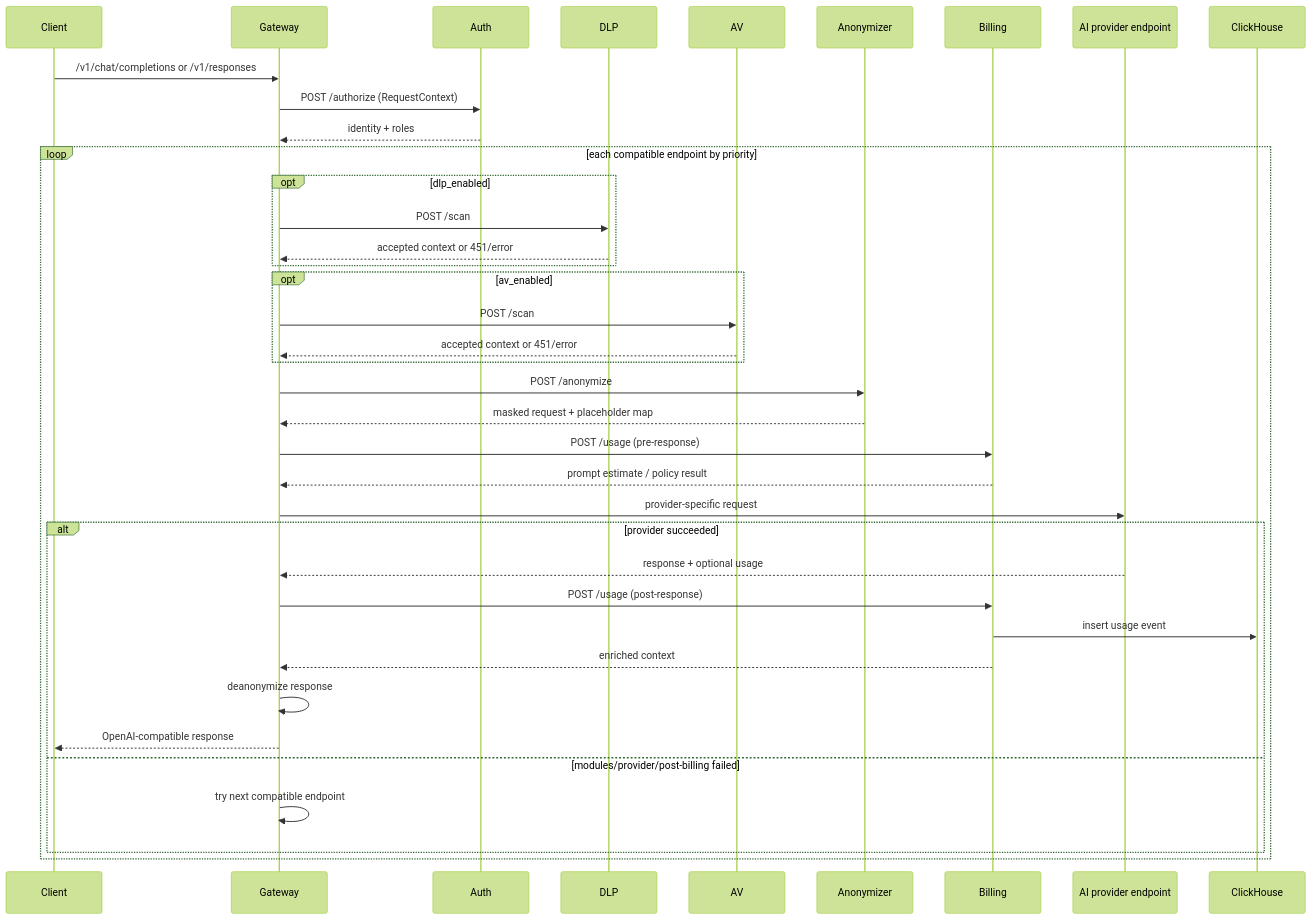
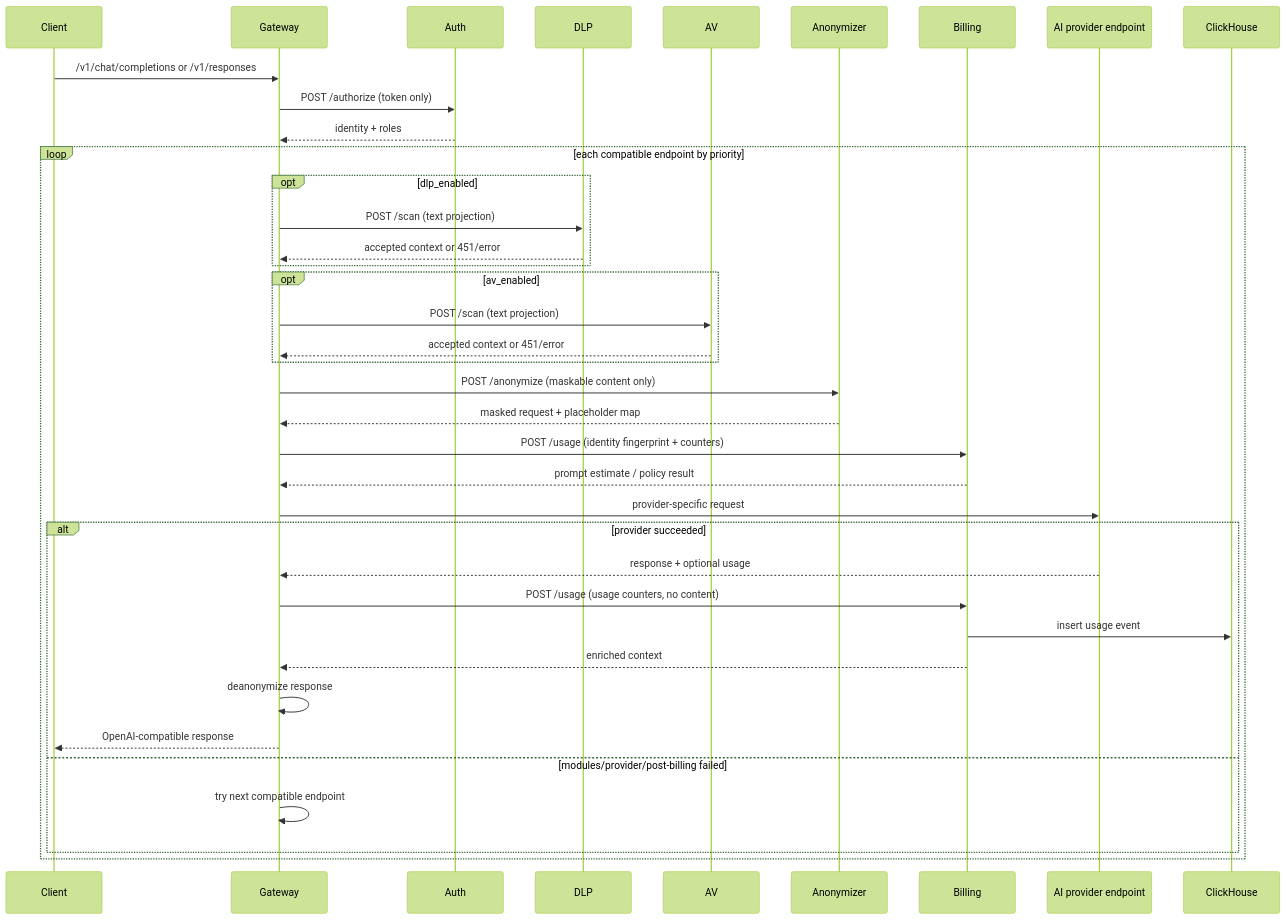
One commit to NEODjazz/ai-gateway changed the second of 4 diagrams in docs/architecture.md. Above: the diagram before and after it, drawn with Mermaid (forest theme). The commit also changed other lines of this file and 88 other files, not shown here.

````diff
--- a/docs/architecture.md
+++ b/docs/architecture.md
@@ -71,41 +71,41 @@
 ```mermaid
 sequenceDiagram
     participant C as Client
     participant G as Gateway
     participant A as Auth
     participant D as DLP
     participant V as AV
     participant N as Anonymizer
     participant B as Billing
     participant P as AI provider endpoint
     participant CH as ClickHouse
 
     C->>G: /v1/chat/completions or /v1/responses
-    G->>A: POST /authorize (RequestContext)
+    G->>A: POST /authorize (token only)
     A-->>G: identity + roles
     loop each compatible endpoint by priority
         opt dlp_enabled
-            G->>D: POST /scan
+            G->>D: POST /scan (text projection)
             D-->>G: accepted context or 451/error
         end
         opt av_enabled
-            G->>V: POST /scan
+            G->>V: POST /scan (text projection)
             V-->>G: accepted context or 451/error
         end
-        G->>N: POST /anonymize
+        G->>N: POST /anonymize (maskable content only)
         N-->>G: masked request + placeholder map
-        G->>B: POST /usage (pre-response)
+        G->>B: POST /usage (identity fingerprint + counters)
         B-->>G: prompt estimate / policy result
         G->>P: provider-specific request
         alt provider succeeded
             P-->>G: response + optional usage
-            G->>B: POST /usage (post-response)
+            G->>B: POST /usage (usage counters, no content)
             B->>CH: insert usage event
             B-->>G: enriched context
             G->>G: deanonymize response
             G-->>C: OpenAI-compatible response
         else modules/provider/post-billing failed
             G->>G: try next compatible endpoint
         end
     end
 ```
````
